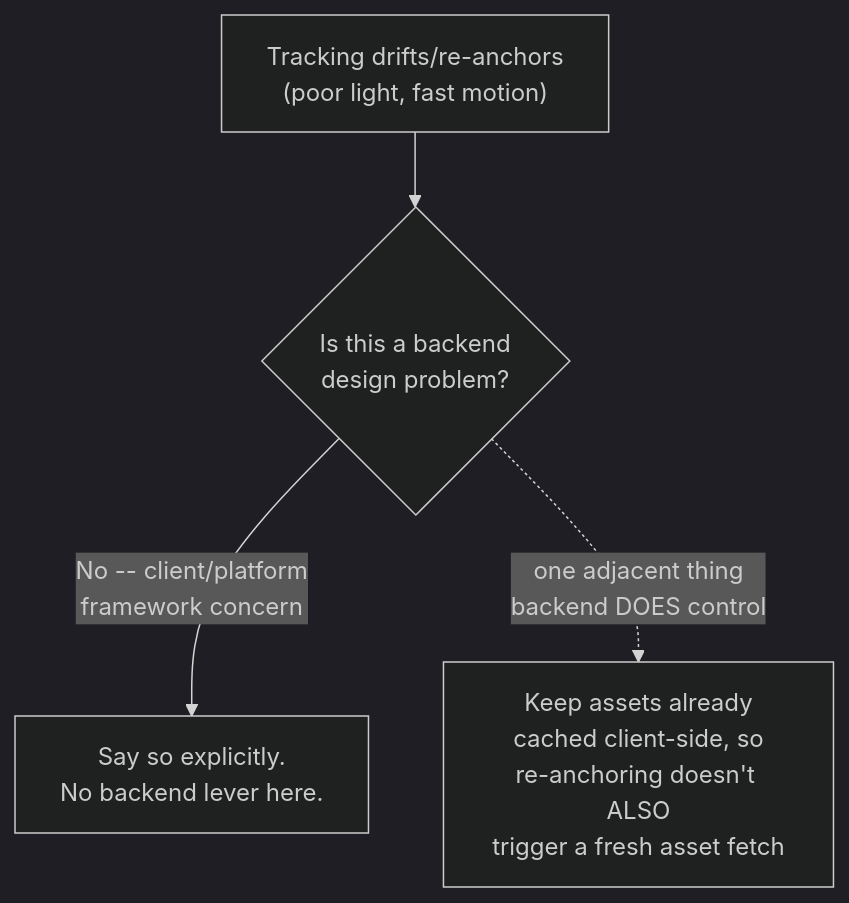
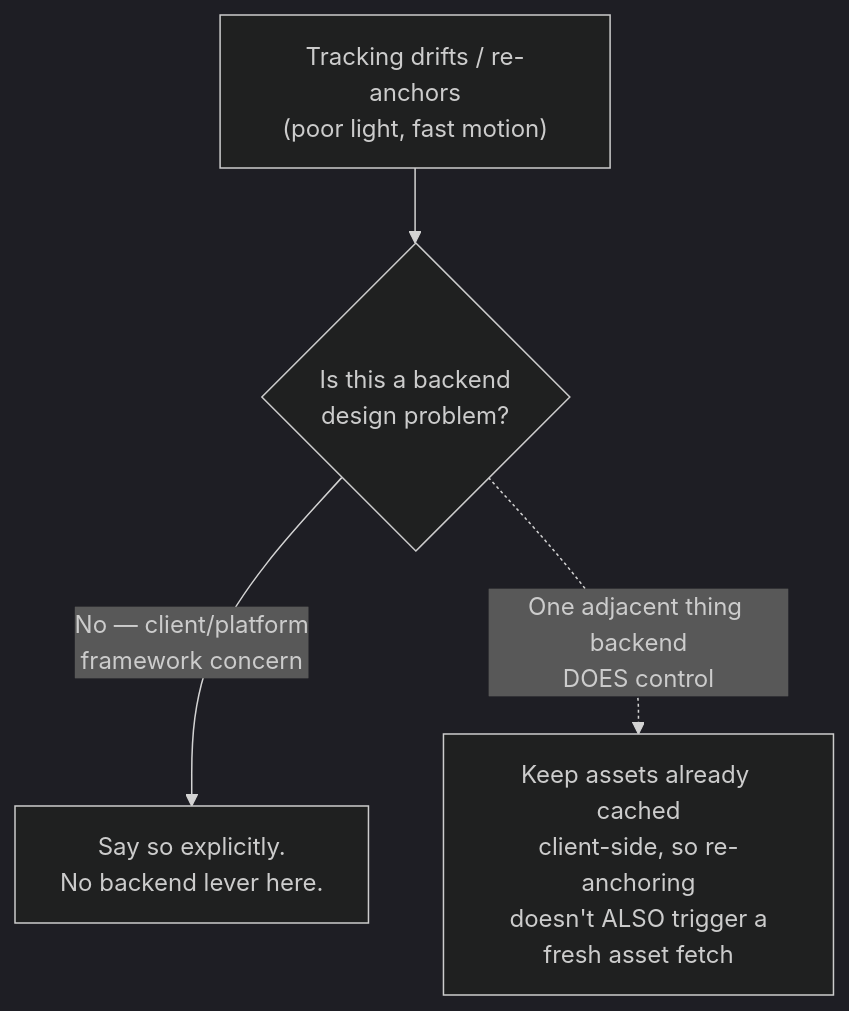
One commit to riyaz-pasha/Learnings changed diagram 11 of 14 in system-design/HLD/0-course/54-Design-an-AR-Virtual-Furniture-Placement-System-FAANG-Guide-story.md. Above: the diagram before and after it, drawn with Mermaid (dark theme). The commit also changed other lines of this file and 1 other file, not shown here.

Commit message:
[REWRITE] AR Virtual Furniture Placement story guide: simplify prose, add structure, fix diagrams

````diff
--- a/system-design/HLD/0-course/54-Design-an-AR-Virtual-Furniture-Placement-System-FAANG-Guide-story.md
+++ b/system-design/HLD/0-course/54-Design-an-AR-Virtual-Furniture-Placement-System-FAANG-Guide-story.md
@@ -274,6 +525,6 @@
 ```mermaid
 flowchart TD
-    A["Tracking drifts/re-anchors\n(poor light, fast motion)"] --> B{"Is this a backend\ndesign problem?"}
-    B -->|"No -- client/platform\nframework concern"| C["Say so explicitly.\nNo backend lever here."]
-    B -.->|"one adjacent thing\nbackend DOES control"| D["Keep assets already\ncached client-side, so\nre-anchoring doesn't ALSO\ntrigger a fresh asset fetch"]
+    A["Tracking drifts / re-anchors<br/>(poor light, fast motion)"] --> B{"Is this a backend<br/>design problem?"}
+    B -->|"No — client/platform<br/>framework concern"| C["Say so explicitly.<br/>No backend lever here."]
+    B -.->|"One adjacent thing backend<br/>DOES control"| D["Keep assets already cached<br/>client-side, so re-anchoring<br/>doesn't ALSO trigger a<br/>fresh asset fetch"]
 ```
````
